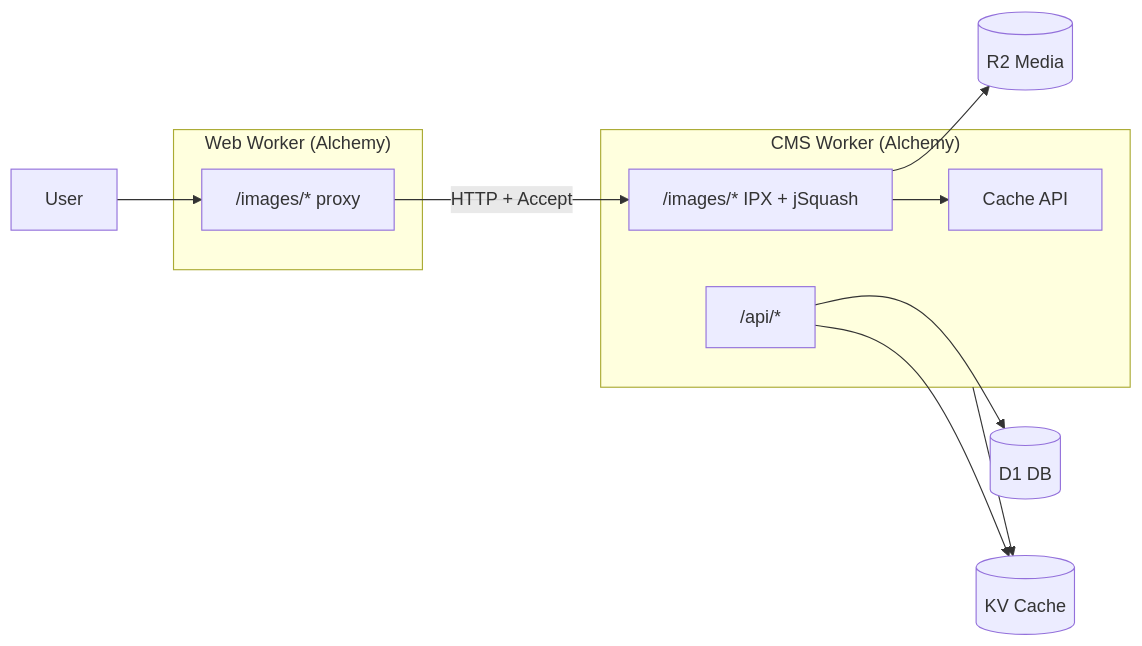
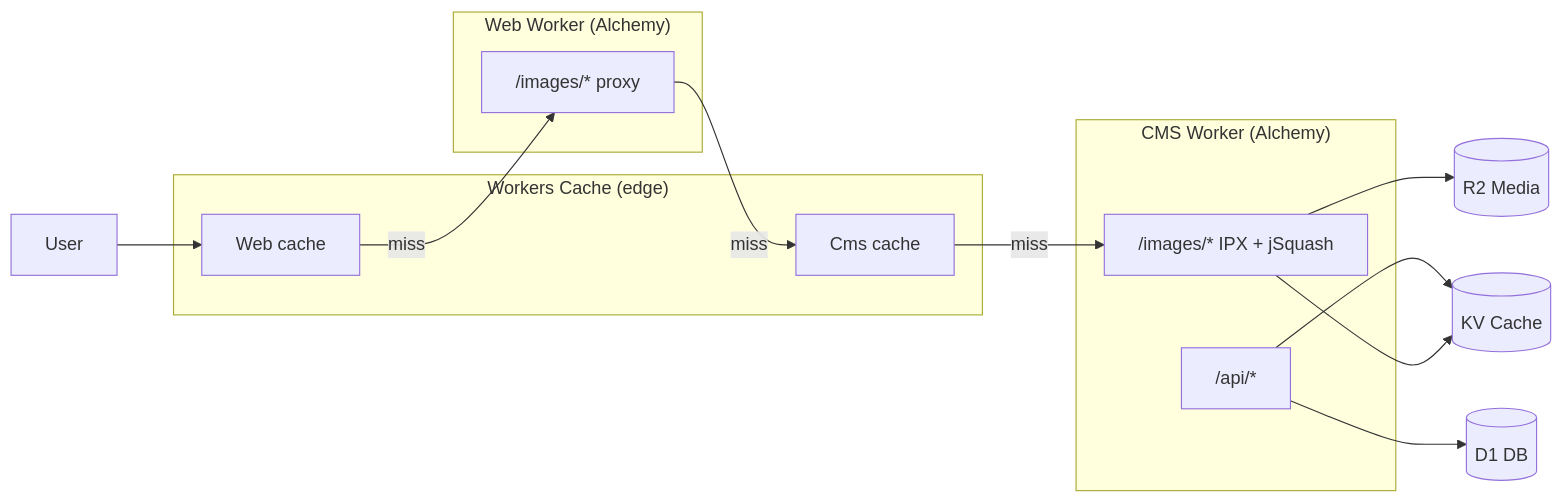
The diagram in docs/architecture/adr-006-image-delivery-cloudflare.md (bertyn99/cooking-blog), drawn with Mermaid before and after one commit. The commit also changed other lines of this file and 12 other files, not shown here.

First line of the commit message:
feat(infra): Alchemy Workers Cache for images with purge and admin no-store

````diff
--- a/docs/architecture/adr-006-image-delivery-cloudflare.md
+++ b/docs/architecture/adr-006-image-delivery-cloudflare.md
@@ -102,22 +129,26 @@
 ```mermaid
 flowchart LR
+  subgraph Edge["Workers Cache (edge)"]
+    WCms["Cms cache"]
+    WWeb["Web cache"]
+  end
   subgraph WebWorker["Web Worker (Alchemy)"]
     WImg["/images/* proxy"]
   end
   subgraph CmsWorker["CMS Worker (Alchemy)"]
     CImg["/images/* IPX + jSquash"]
     API["/api/*"]
-    CacheAPI["Cache API"]
   end
   R2[(R2 Media)]
   D1[(D1 DB)]
   KV[(KV Cache)]
 
-  User --> WImg
-  WImg -->|HTTP + Accept| CImg
+  User --> WWeb
+  WWeb -->|miss| WImg
+  WImg -->|miss| WCms
+  WCms -->|miss| CImg
   CImg --> R2
-  CImg --> CacheAPI
   API --> D1
   API --> KV
-  CmsWorker --> KV
+  CImg --> KV
 ```
````
